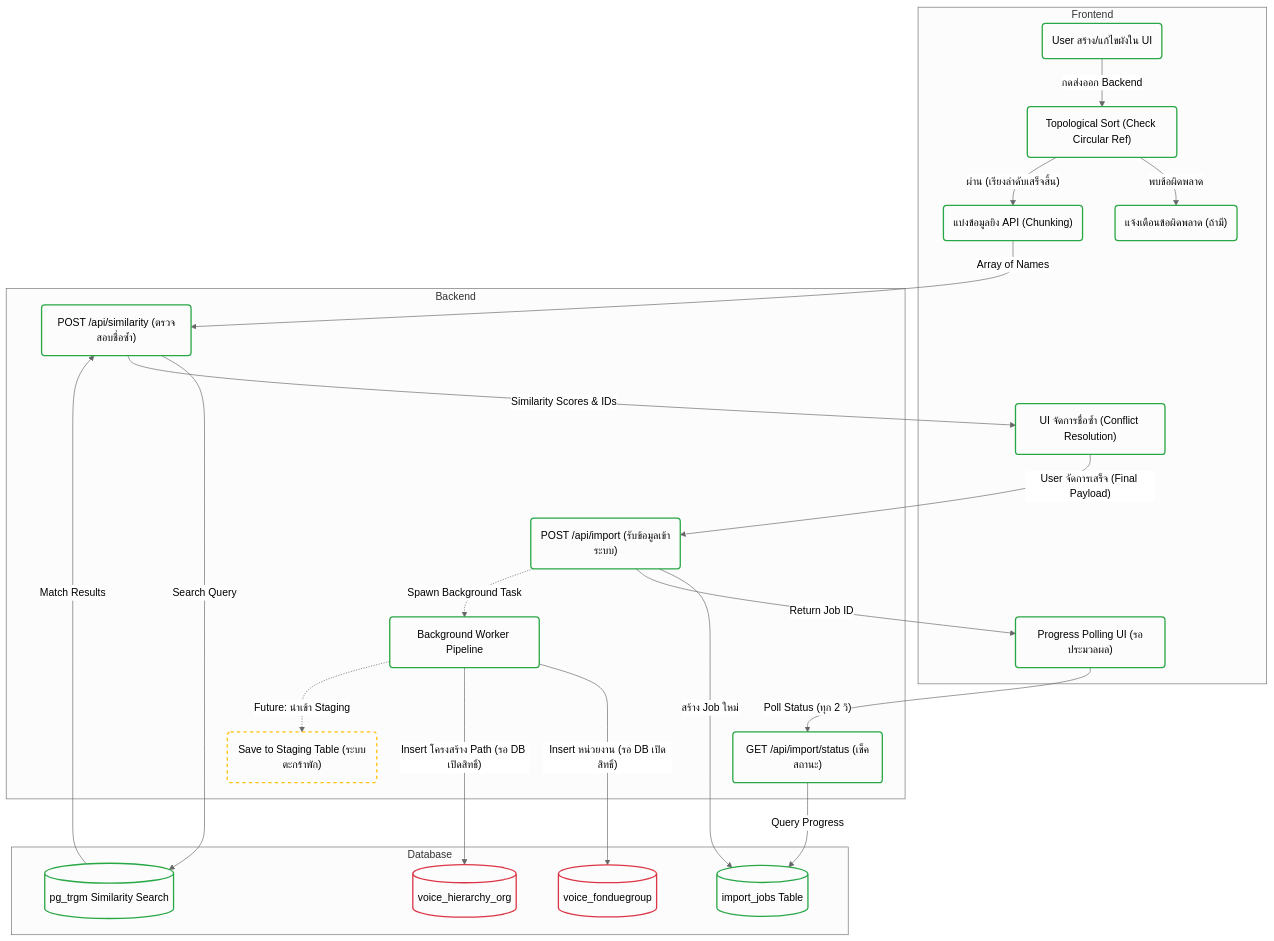
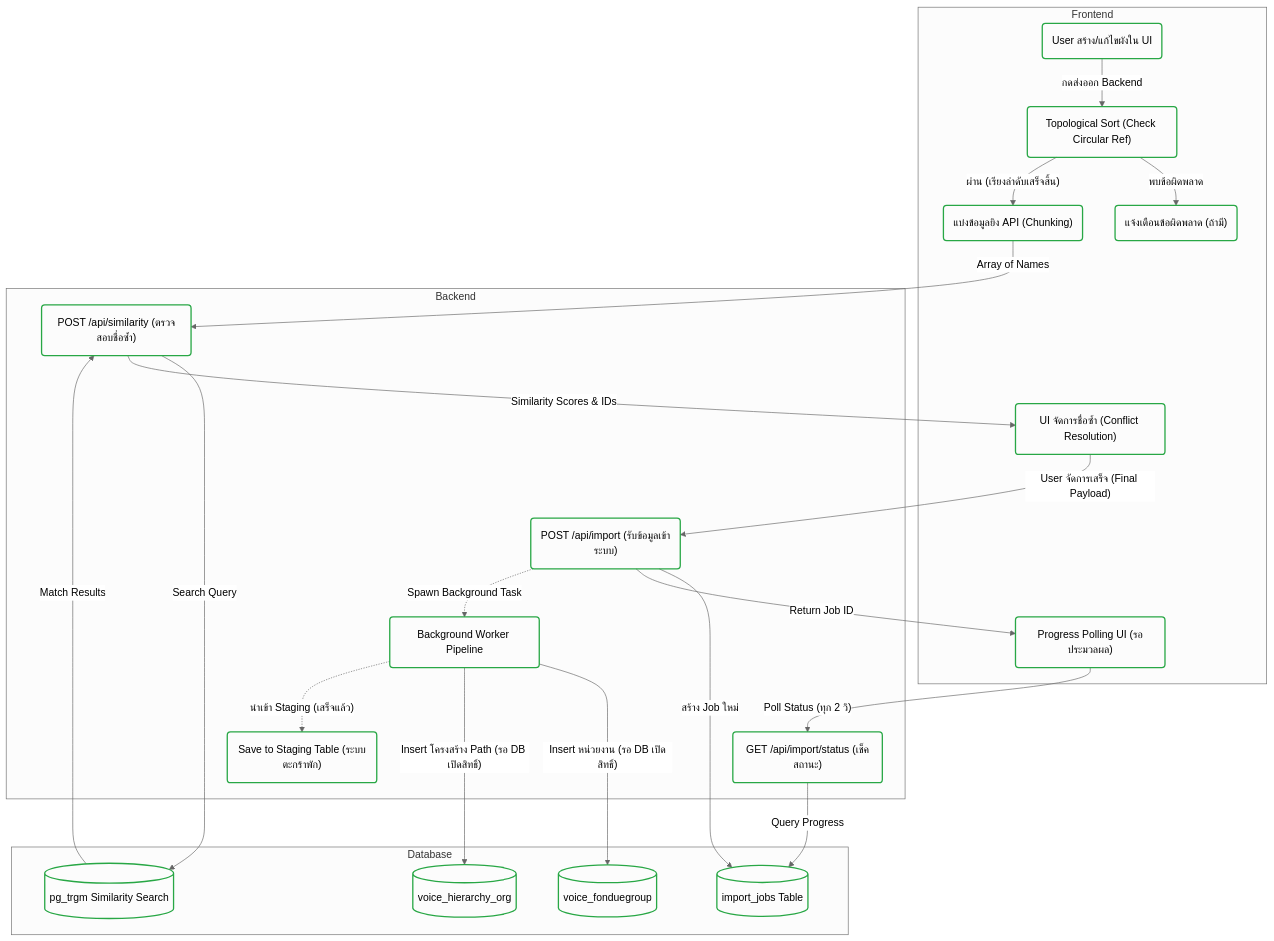
The first of 2 diagrams in README.md (traffy-nectec/org-chart-creation), drawn with Mermaid (neutral theme) before and after one commit. The commit also changed other lines of this file, not shown here.

Commit message:
docs: mark all phases and components as completed in diagrams

````diff
--- a/README.md
+++ b/README.md
@@ -101,52 +101,52 @@
 ```mermaid
 flowchart TD
     classDef completed fill:transparent,stroke:#28a745,stroke-width:2px;
     classDef pending fill:transparent,stroke:#ffc107,stroke-width:2px,stroke-dasharray: 5 5;
     classDef waiting fill:transparent,stroke:#dc3545,stroke-width:2px;
 
     subgraph Frontend
         A("User สร้าง/แก้ไขผังใน UI"):::completed
         B("Topological Sort (Check Circular Ref)"):::completed
         C("แจ้งเตือนข้อผิดพลาด (ถ้ามี)"):::completed
         D("แบ่งข้อมูลยิง API (Chunking)"):::completed
         E("UI จัดการชื่อซ้ำ (Conflict Resolution)"):::completed
         F("Progress Polling UI (รอประมวลผล)"):::completed
     end
 
     subgraph Backend
         G("POST /api/similarity (ตรวจสอบชื่อซ้ำ)"):::completed
         H("POST /api/import (รับข้อมูลเข้าระบบ)"):::completed
         I("GET /api/import/status (เช็คสถานะ)"):::completed
         J("Background Worker Pipeline"):::completed
-        M("Save to Staging Table (ระบบตะกร้าพัก)"):::pending
+        M("Save to Staging Table (ระบบตะกร้าพัก)"):::completed
     end
 
     subgraph Database
         K[("pg_trgm Similarity Search")]:::completed
         L[("import_jobs Table")]:::completed
-        N[("voice_fonduegroup")]:::waiting
-        O[("voice_hierarchy_org")]:::waiting
+        N[("voice_fonduegroup")]:::completed
+        O[("voice_hierarchy_org")]:::completed
     end
 
     A -->|"กดส่งออก Backend"| B
     B -->|"พบข้อผิดพลาด"| C
     B -->|"ผ่าน (เรียงลำดับเสร็จสิ้น)"| D
     
     D -->|"Array of Names"| G
     G -->|"Search Query"| K
     K -->|"Match Results"| G
     G -->|"Similarity Scores & IDs"| E
     
     E -->|"User จัดการเสร็จ (Final Payload)"| H
     H -->|"สร้าง Job ใหม่"| L
     H -->|"Return Job ID"| F
     F -->|"Poll Status (ทุก 2 วิ)"| I
     I -->|"Query Progress"| L
     
     H -.->|"Spawn Background Task"| J
     J -->|"Insert หน่วยงาน (รอ DB เปิดสิทธิ์)"| N
     J -->|"Insert โครงสร้าง Path (รอ DB เปิดสิทธิ์)"| O
     
-    %% Future Roadmap
-    J -.->|"Future: นำเข้า Staging"| M
+    %% Staging Workflow
+    J -.->|"นำเข้า Staging (เสร็จแล้ว)"| M
 ```
````
